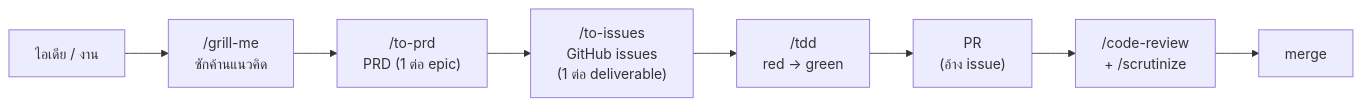
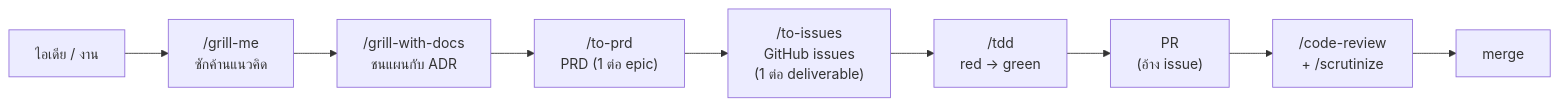
The first of 2 diagrams in docs/development-workflow.md (xenodeve/xeno-skills), drawn with Mermaid before and after one commit. The commit also changed 6 other files, not shown here.

````diff
--- a/docs/development-workflow.md
+++ b/docs/development-workflow.md
@@ -21,10 +21,11 @@
 ```mermaid
 graph LR
     Idea["ไอเดีย / งาน"] --> Grill["/grill-me<br/>ซักค้านแนวคิด"]
-    Grill --> PRD["/to-prd<br/>PRD (1 ต่อ epic)"]
+    Grill --> GrillDocs["/grill-with-docs<br/>ชนแผนกับ ADR"]
+    GrillDocs --> PRD["/to-prd<br/>PRD (1 ต่อ epic)"]
     PRD --> Issues["/to-issues<br/>GitHub issues<br/>(1 ต่อ deliverable)"]
     Issues --> TDD["/tdd<br/>red → green"]
     TDD --> PR["PR<br/>(อ้าง issue)"]
     PR --> Review["/code-review<br/>+ /scrutinize"]
     Review --> Merge["merge"]
 ```
````
